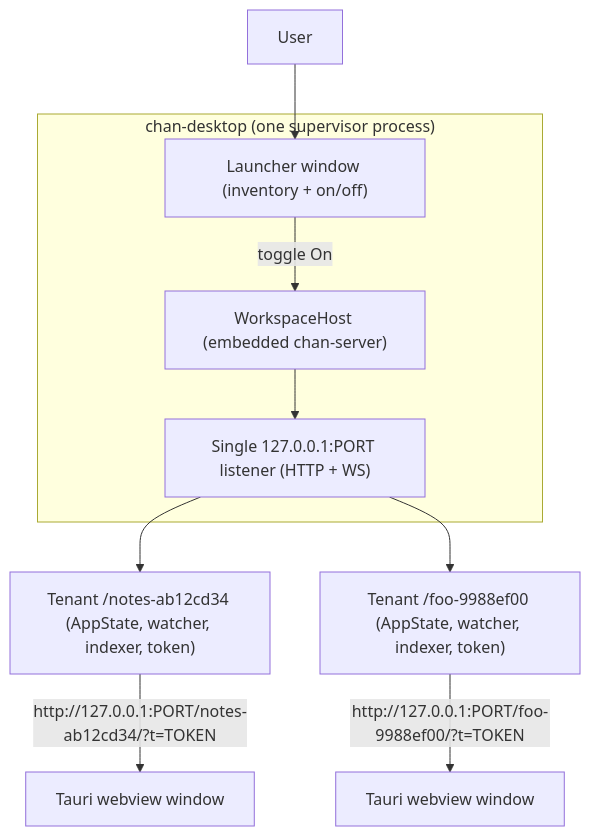
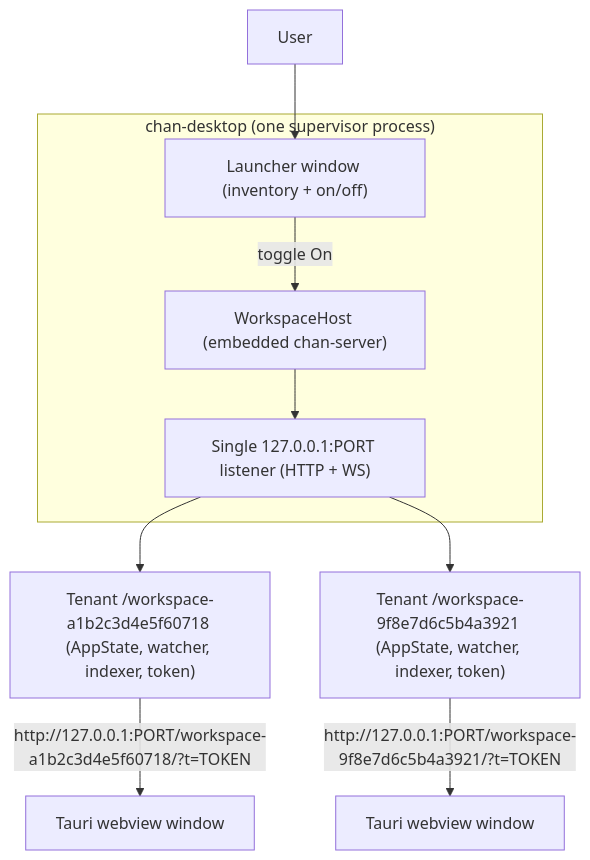
Before and after one commit to fiorix/chan: the first of 3 diagrams in desktop/design.md, drawn with Mermaid. The commit also changed other lines of this file and 41 other files, not shown here.

````diff
--- a/desktop/design.md
+++ b/desktop/design.md
@@ -22,15 +22,15 @@
 ```mermaid
 flowchart TD
     User["User"] --> Launcher
     subgraph Desktop["chan-desktop (one supervisor process)"]
         Launcher["Launcher window (inventory + on/off)"]
         Host["WorkspaceHost (embedded chan-server)"]
         Listener["Single 127.0.0.1:PORT listener (HTTP + WS)"]
         Launcher -->|"toggle On"| Host
         Host --> Listener
     end
-    Listener --> WS1["Tenant /notes-ab12cd34 (AppState, watcher, indexer, token)"]
-    Listener --> WS2["Tenant /foo-9988ef00 (AppState, watcher, indexer, token)"]
-    WS1 -->|"http://127.0.0.1:PORT/notes-ab12cd34/?t=TOKEN"| View1["Tauri webview window"]
-    WS2 -->|"http://127.0.0.1:PORT/foo-9988ef00/?t=TOKEN"| View2["Tauri webview window"]
+    Listener --> WS1["Tenant /workspace-a1b2c3d4e5f60718 (AppState, watcher, indexer, token)"]
+    Listener --> WS2["Tenant /workspace-9f8e7d6c5b4a3921 (AppState, watcher, indexer, token)"]
+    WS1 -->|"http://127.0.0.1:PORT/workspace-a1b2c3d4e5f60718/?t=TOKEN"| View1["Tauri webview window"]
+    WS2 -->|"http://127.0.0.1:PORT/workspace-9f8e7d6c5b4a3921/?t=TOKEN"| View2["Tauri webview window"]
 ```
````
